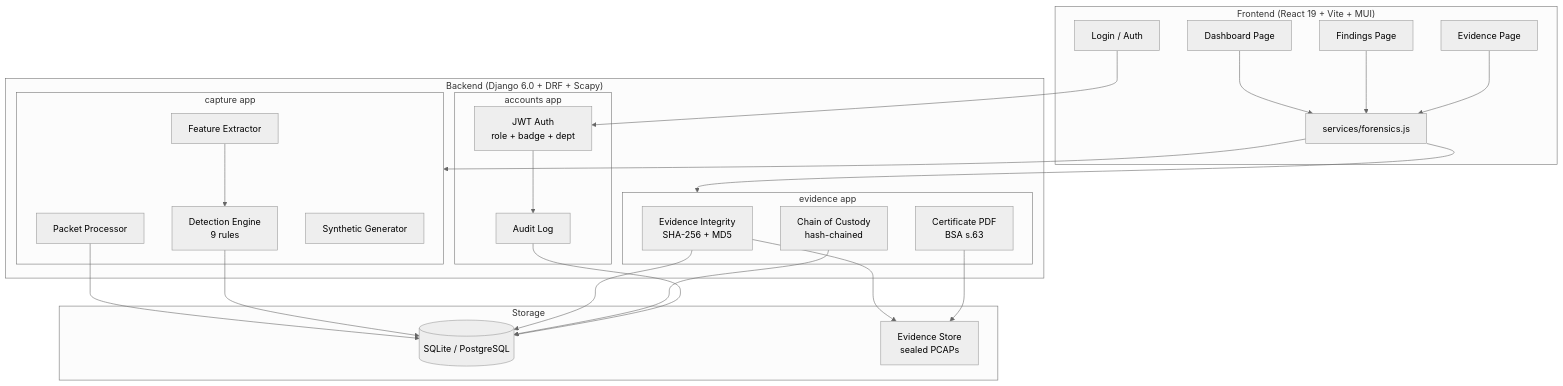
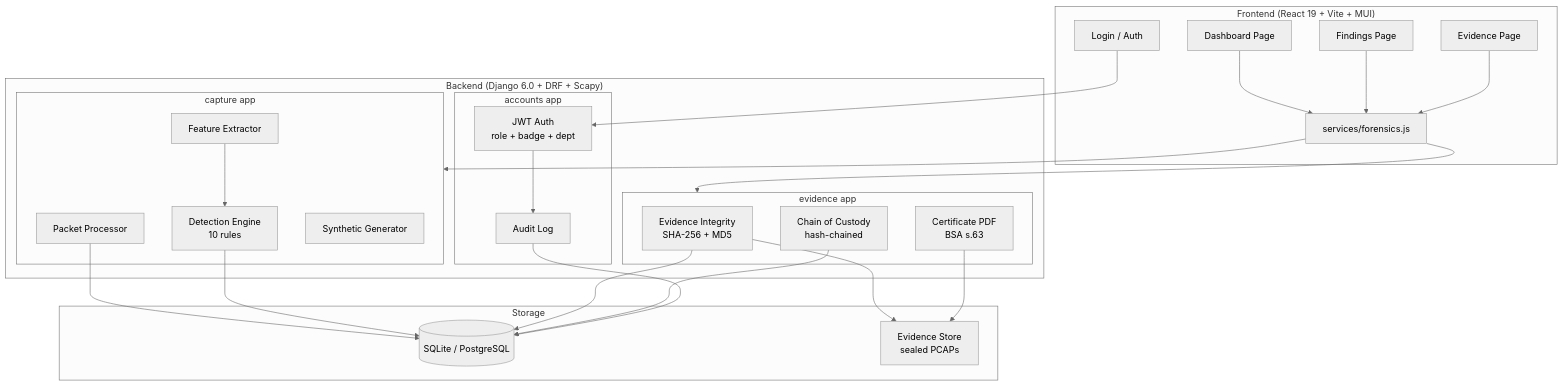
The second of 5 diagrams in README.md (MuhammedZuhayr/NetForensiq), drawn with Mermaid (neutral theme) before and after one commit. The commit also changed other lines of this file and 16 other files, not shown here.

First line of the commit message:
feat: add anomaly detection, host profiling, link chart, legal compliance doc, and research notes

````diff
--- a/README.md
+++ b/README.md
@@ -45,51 +45,51 @@
 ```mermaid
 graph TB
     subgraph Frontend ["Frontend (React 19 + Vite + MUI)"]
         FD[Dashboard Page]
         FF[Findings Page]
         FE[Evidence Page]
         FL[Login / Auth]
         FS["services/forensics.js"]
     end
 
     subgraph Backend ["Backend (Django 6.0 + DRF + Scapy)"]
         subgraph Capture ["capture app"]
             PR[Packet Processor]
             FX[Feature Extractor]
-            DE[Detection Engine<br/>9 rules]
+            DE[Detection Engine<br/>10 rules]
             SY[Synthetic Generator]
         end
         subgraph Evidence ["evidence app"]
             EI[Evidence Integrity<br/>SHA-256 + MD5]
             CC[Chain of Custody<br/>hash-chained]
             CP[Certificate PDF<br/>BSA s.63]
         end
         subgraph Auth ["accounts app"]
             AU[JWT Auth<br/>role + badge + dept]
             AL[Audit Log]
         end
     end
 
     subgraph Storage
         DB[(SQLite / PostgreSQL)]
         ES[Evidence Store<br/>sealed PCAPs]
     end
 
     FL --> AU
     FS --> Capture
     FS --> Evidence
     FD --> FS
     FF --> FS
     FE --> FS
 
     PR --> DB
     FX --> DE
     DE --> DB
     EI --> ES
     EI --> DB
     CC --> DB
     CP --> ES
 
     AU --> AL
     AL --> DB
 ```
````
